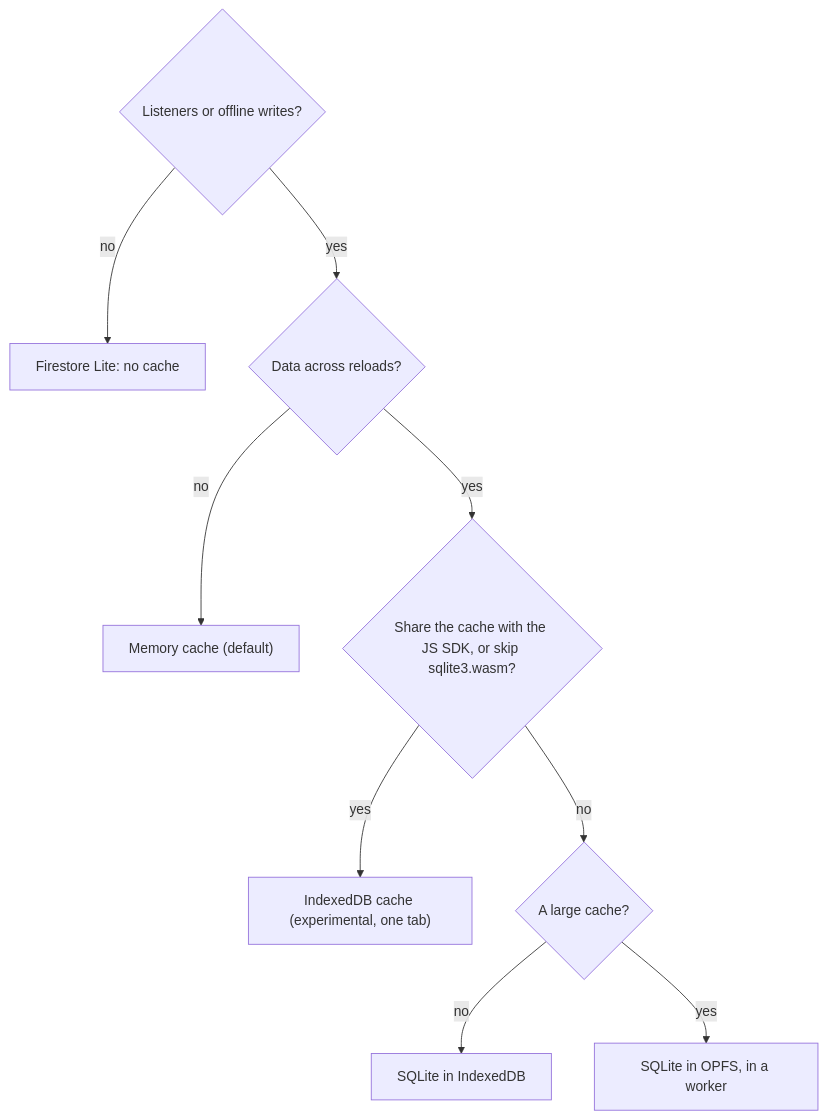
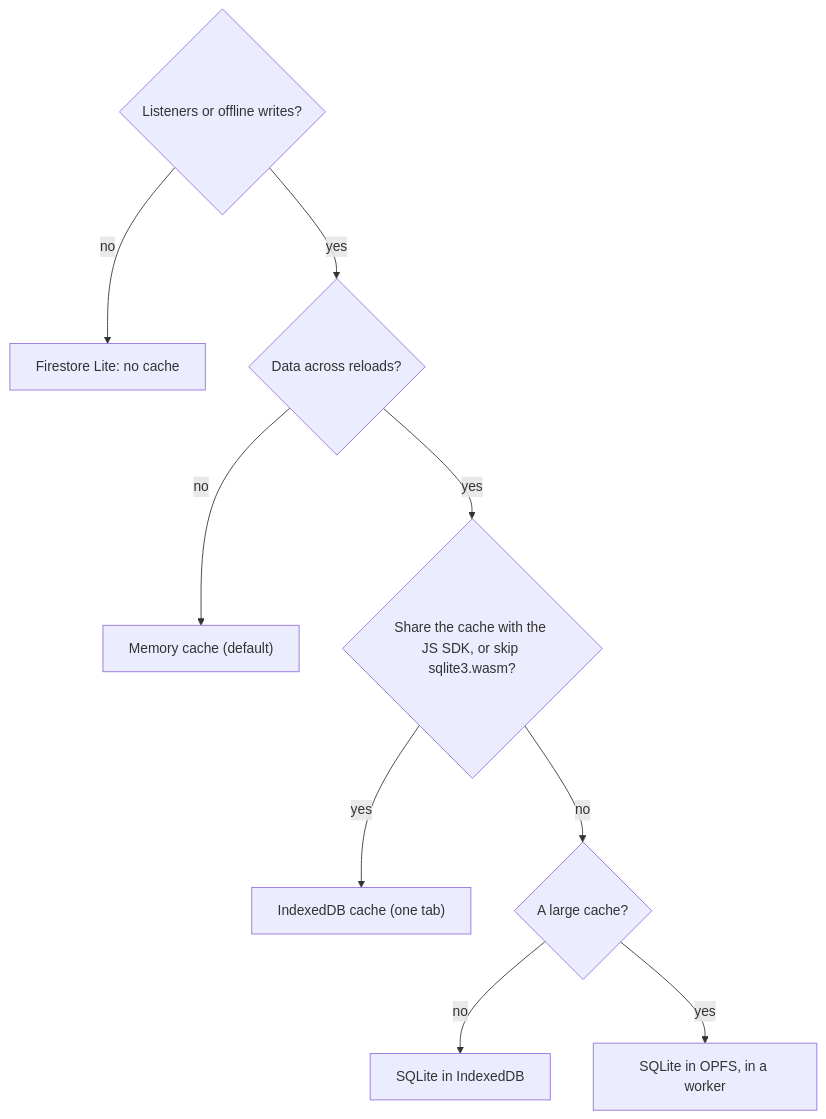
Before and after one commit to long1eu/firebase_dart_sdk: the third of 3 diagrams in docs/guides/web.md, drawn with Mermaid. The commit also changed other lines of this file and 10 other files, not shown here.

First line of the commit message:
The IndexedDB cache is no longer experimental; document what is verified

````diff
--- a/docs/guides/web.md
+++ b/docs/guides/web.md
@@ -188,12 +188,12 @@
 ```mermaid
 flowchart TD
   needLive{"Listeners or offline writes?"}
   needLive -- "no" --> lite["Firestore Lite: no cache"]
   needLive -- "yes" --> needReload{"Data across reloads?"}
   needReload -- "no" --> memory["Memory cache (default)"]
   needReload -- "yes" --> jsFormat{"Share the cache with the JS SDK, or skip sqlite3.wasm?"}
-  jsFormat -- "yes" --> idbCache["IndexedDB cache (experimental, one tab)"]
+  jsFormat -- "yes" --> idbCache["IndexedDB cache (one tab)"]
   jsFormat -- "no" --> cacheSize{"A large cache?"}
   cacheSize -- "no" --> indexedDb["SQLite in IndexedDB"]
   cacheSize -- "yes" --> opfs["SQLite in OPFS, in a worker"]
 ```
````
